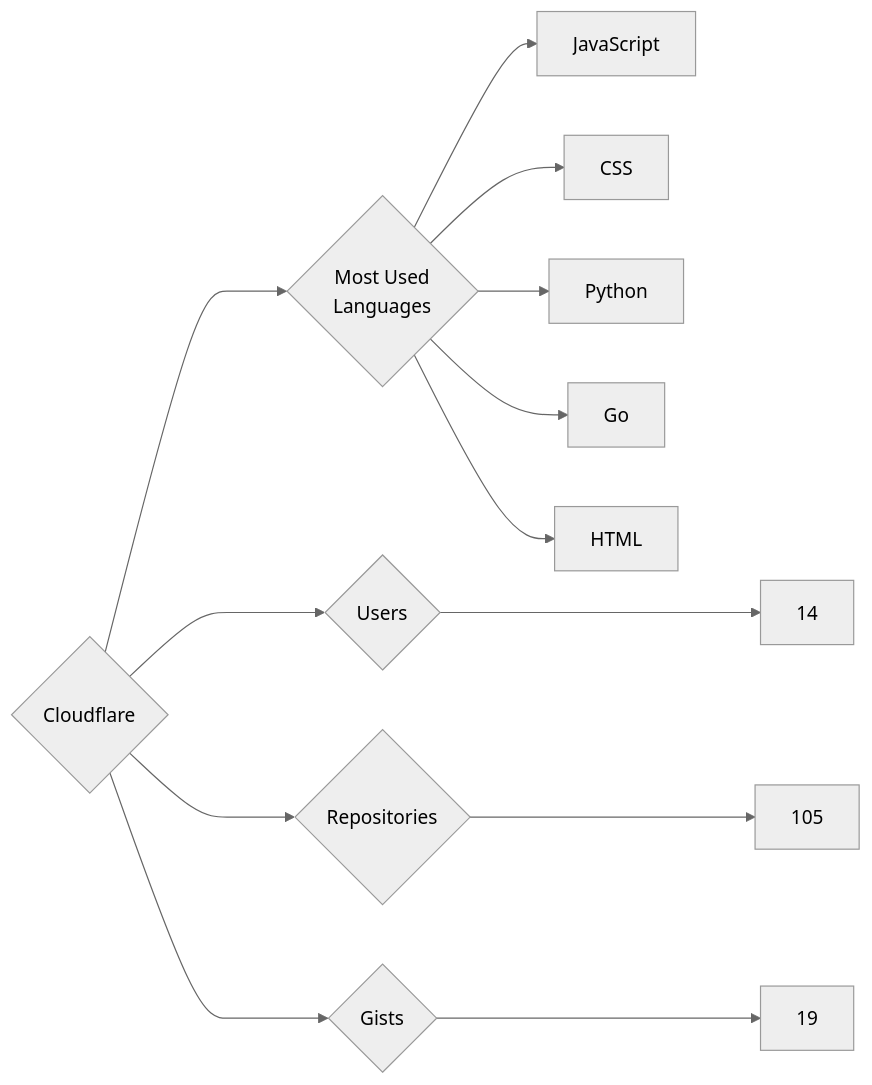
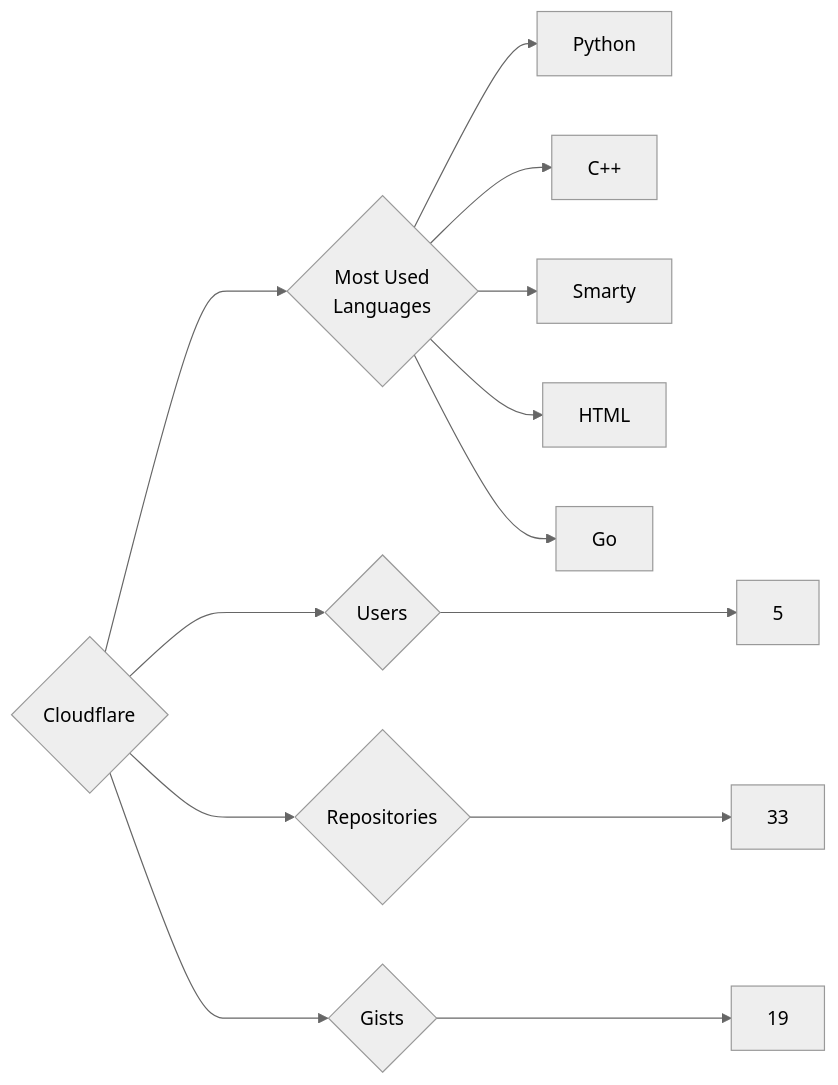
Before and after one commit to trickest/insiders: the diagram in targets/Cloudflare/README.md, drawn with Mermaid (neutral theme). The commit also changed 1167 other files, not shown here.

````diff
--- a/targets/Cloudflare/README.md
+++ b/targets/Cloudflare/README.md
@@ -3,13 +3,13 @@
 ```mermaid
 graph LR
 COMPANY_NAME{Cloudflare}
-COMPANY_NAME ---> U{Users} ---> UN[14]
-COMPANY_NAME ---> R{Repositories} ---> RN[105]
+COMPANY_NAME ---> U{Users} ---> UN[5]
+COMPANY_NAME ---> R{Repositories} ---> RN[33]
 COMPANY_NAME ---> G{Gists} ---> GN[19]
 COMPANY_NAME ---> ML{Most Used<br>Languages}
-ML --> JavaScript[JavaScript]
-ML --> CSS[CSS]
 ML --> Python[Python]
+ML --> C++[C++]
+ML --> Smarty[Smarty]
+ML --> HTML[HTML]
 ML --> Go[Go]
-ML --> HTML[HTML]
 ```
````
